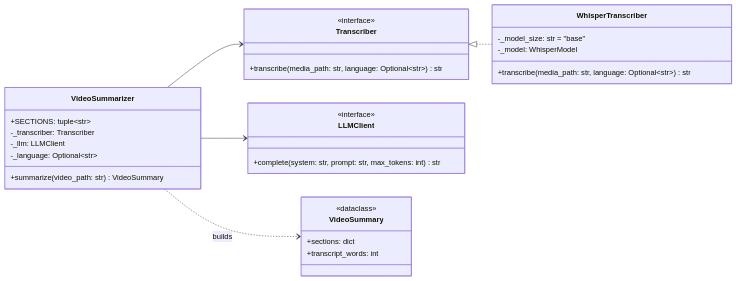
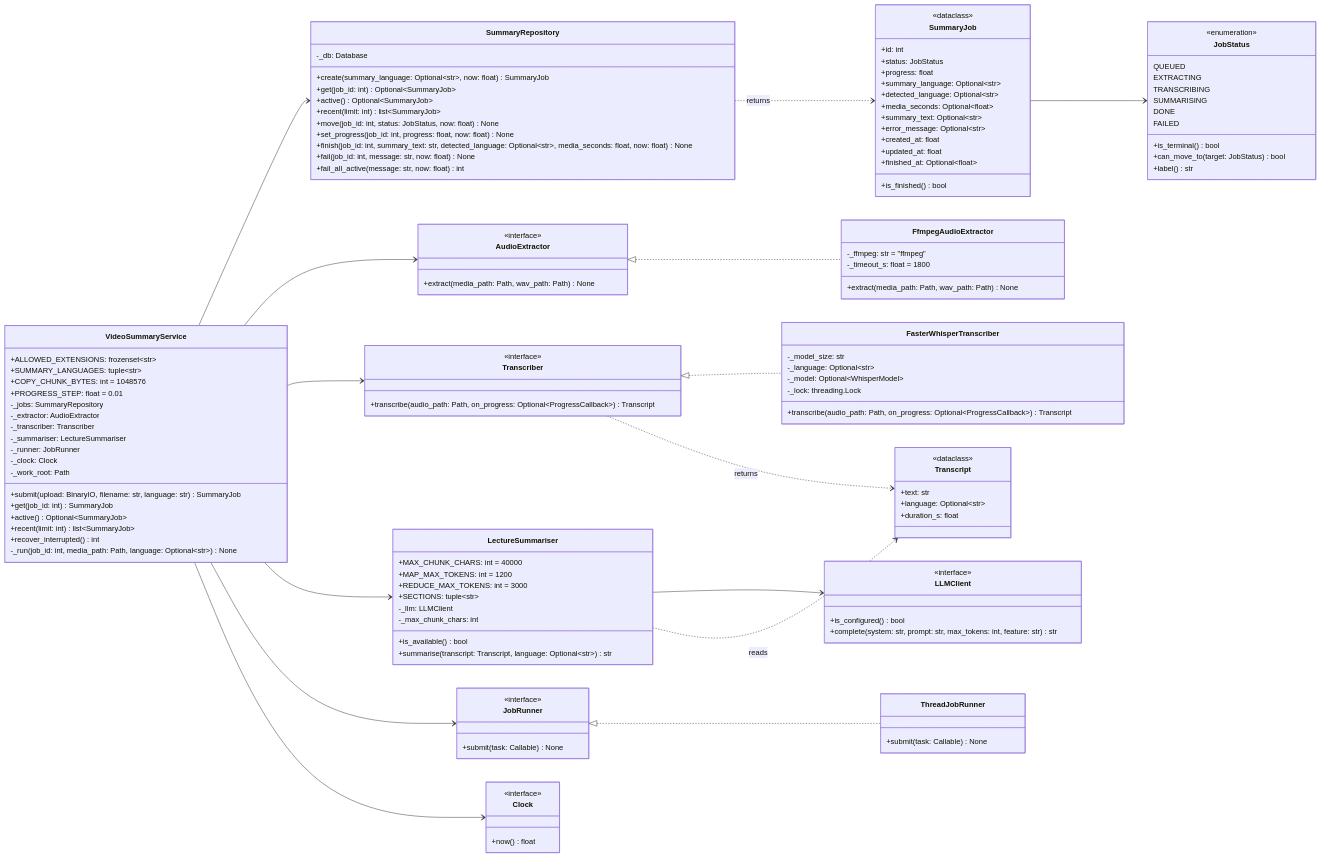
Before and after one commit to ronsarfati/EX2-Teaching-Tool: the seventh of 21 diagrams in docs/design.md, drawn with Mermaid. The commit also changed other lines of this file and 31 other files, not shown here.

Commit message:
feat: add the lecture video summary (F4, D34): background ffmpeg + faster-whisper transcription and Claude summary, media deleted after use (T18a-T18e)

````diff
--- a/docs/design.md
+++ b/docs/design.md
@@ -704,33 +748,128 @@
 ```mermaid
 classDiagram
   direction LR
-  class VideoSummarizer {
+  class VideoSummaryService {
+    +ALLOWED_EXTENSIONS: frozenset~str~
+    +SUMMARY_LANGUAGES: tuple~str~
+    +COPY_CHUNK_BYTES: int = 1048576
+    +PROGRESS_STEP: float = 0.01
+    -_jobs: SummaryRepository
+    -_extractor: AudioExtractor
+    -_transcriber: Transcriber
+    -_summariser: LectureSummariser
+    -_runner: JobRunner
+    -_clock: Clock
+    -_work_root: Path
+    +submit(upload: BinaryIO, filename: str, language: str) SummaryJob
+    +get(job_id: int) SummaryJob
+    +active() Optional~SummaryJob~
+    +recent(limit: int) list~SummaryJob~
+    +recover_interrupted() int
+    -_run(job_id: int, media_path: Path, language: Optional~str~) None
+  }
+  class LectureSummariser {
+    +MAX_CHUNK_CHARS: int = 40000
+    +MAP_MAX_TOKENS: int = 1200
+    +REDUCE_MAX_TOKENS: int = 3000
     +SECTIONS: tuple~str~
-    -_transcriber: Transcriber
     -_llm: LLMClient
-    -_language: Optional~str~
-    +summarize(video_path: str) VideoSummary
+    -_max_chunk_chars: int
+    +is_available() bool
+    +summarise(transcript: Transcript, language: Optional~str~) str
+  }
+  class SummaryRepository {
+    -_db: Database
+    +create(summary_language: Optional~str~, now: float) SummaryJob
+    +get(job_id: int) Optional~SummaryJob~
+    +active() Optional~SummaryJob~
+    +recent(limit: int) list~SummaryJob~
+    +move(job_id: int, status: JobStatus, now: float) None
+    +set_progress(job_id: int, progress: float, now: float) None
+    +finish(job_id: int, summary_text: str, detected_language: Optional~str~, media_seconds: float, now: float) None
+    +fail(job_id: int, message: str, now: float) None
+    +fail_all_active(message: str, now: float) int
+  }
+  class SummaryJob {
+    <<dataclass>>
+    +id: int
+    +status: JobStatus
+    +progress: float
+    +summary_language: Optional~str~
+    +detected_language: Optional~str~
+    +media_seconds: Optional~float~
+    +summary_text: Optional~str~
+    +error_message: Optional~str~
+    +created_at: float
+    +updated_at: float
+    +finished_at: Optional~float~
+    +is_finished() bool
+  }
+  class JobStatus {
+    <<enumeration>>
+    QUEUED
+    EXTRACTING
+    TRANSCRIBING
+    SUMMARISING
+    DONE
+    FAILED
+    +is_terminal() bool
+    +can_move_to(target: JobStatus) bool
+    +label() str
+  }
+  class Transcript {
+    <<dataclass>>
+    +text: str
+    +language: Optional~str~
+    +duration_s: float
   }
   class Transcriber {
     <<interface>>
-    +transcribe(media_path: str, language: Optional~str~) str
+    +transcribe(audio_path: Path, on_progress: Optional~ProgressCallback~) Transcript
   }
-  class WhisperTranscriber {
-    -_model_size: str = "base"
-    -_model: WhisperModel
-    +transcribe(media_path: str, language: Optional~str~) str
+  class FasterWhisperTranscriber {
+    -_model_size: str
+    -_language: Optional~str~
+    -_model: Optional~WhisperModel~
+    -_lock: threading.Lock
+    +transcribe(audio_path: Path, on_progress: Optional~ProgressCallback~) Transcript
+  }
+  class AudioExtractor {
+    <<interface>>
+    +extract(media_path: Path, wav_path: Path) None
+  }
+  class FfmpegAudioExtractor {
+    -_ffmpeg: str = "ffmpeg"
+    -_timeout_s: float = 1800
+    +extract(media_path: Path, wav_path: Path) None
+  }
+  class JobRunner {
+    <<interface>>
+    +submit(task: Callable) None
+  }
+  class ThreadJobRunner {
+    +submit(task: Callable) None
   }
   class LLMClient {
     <<interface>>
-    +complete(system: str, prompt: str, max_tokens: int) str
+    +is_configured() bool
+    +complete(system: str, prompt: str, max_tokens: int, feature: str) str
   }
-  class VideoSummary {
-    <<dataclass>>
-    +sections: dict
-    +transcript_words: int
+  class Clock {
+    <<interface>>
+    +now() float
   }
-  Transcriber <|.. WhisperTranscriber
-  VideoSummarizer --> Transcriber
-  VideoSummarizer --> LLMClient
-  VideoSummarizer ..> VideoSummary : builds
+  Transcriber <|.. FasterWhisperTranscriber
+  AudioExtractor <|.. FfmpegAudioExtractor
+  JobRunner <|.. ThreadJobRunner
+  VideoSummaryService --> SummaryRepository
+  VideoSummaryService --> AudioExtractor
+  VideoSummaryService --> Transcriber
+  VideoSummaryService --> LectureSummariser
+  VideoSummaryService --> JobRunner
+  VideoSummaryService --> Clock
+  LectureSummariser --> LLMClient
+  SummaryRepository ..> SummaryJob : returns
+  SummaryJob --> JobStatus
+  Transcriber ..> Transcript : returns
+  LectureSummariser ..> Transcript : reads
 ```
````
